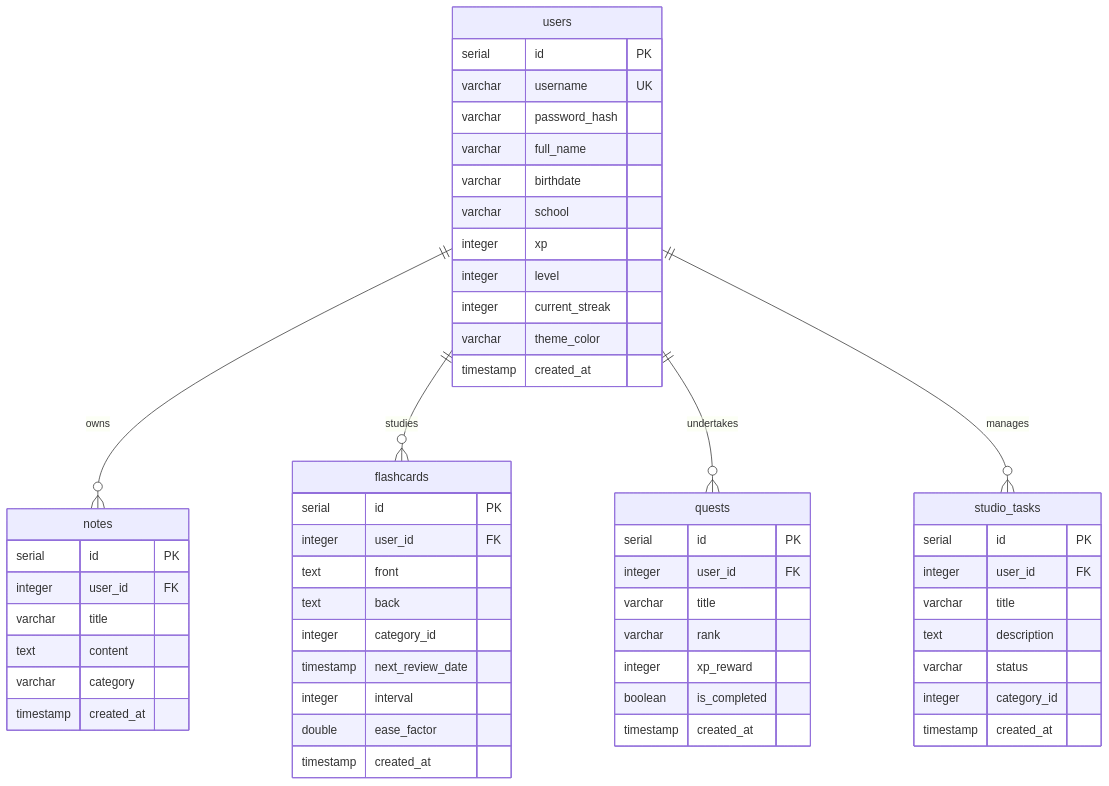
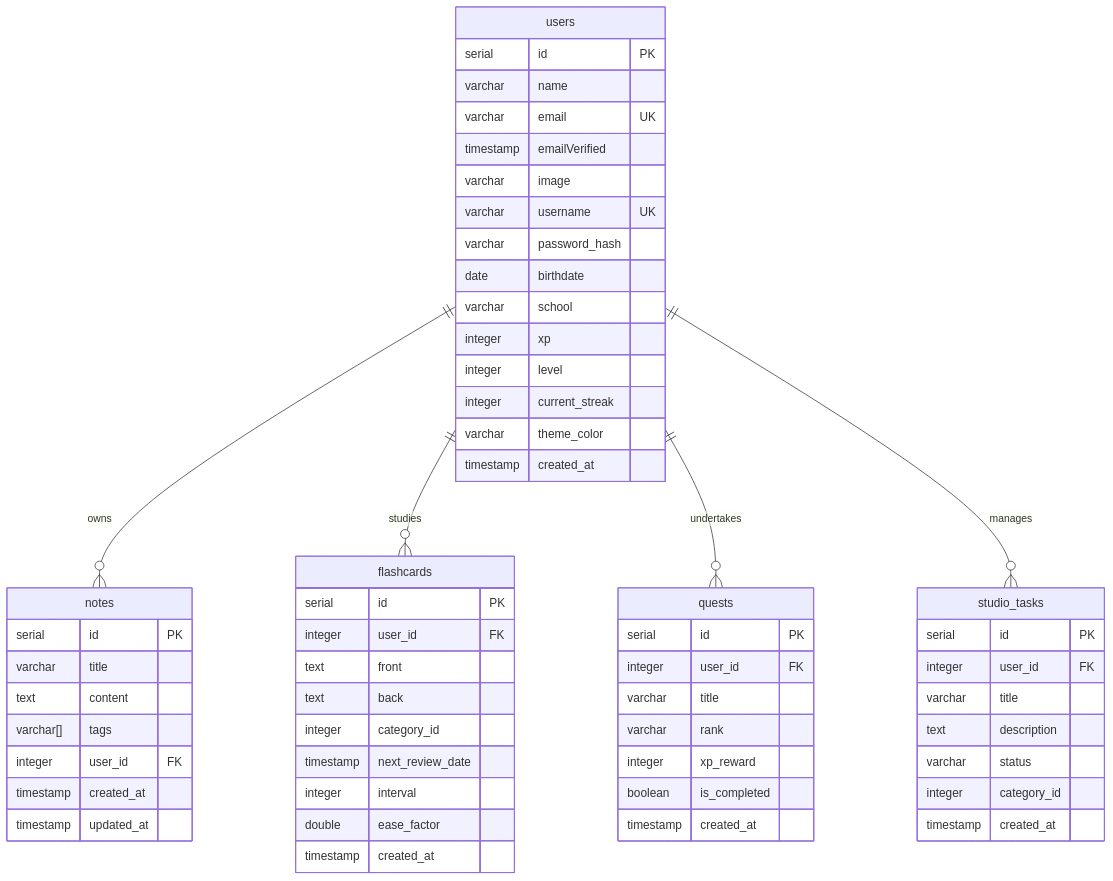
The second of 3 diagrams in System Architecture & Design Document.md (Insoyntax/Learn-Tracker), drawn with Mermaid before and after one commit. The commit also changed other lines of this file and 7 other files, not shown here.

````diff
--- a/System Architecture & Design Document.md
+++ b/System Architecture & Design Document.md
@@ -47,62 +48,66 @@
 ```mermaid
 erDiagram
     users {
         serial id PK
+        varchar name
+        varchar email UK
+        timestamp emailVerified
+        varchar image
         varchar username UK
         varchar password_hash
-        varchar full_name
-        varchar birthdate
+        date birthdate
         varchar school
         integer xp
         integer level
         integer current_streak
         varchar theme_color
         timestamp created_at
     }
 
     notes {
         serial id PK
-        integer user_id FK
         varchar title
         text content
-        varchar category
+        varchar[] tags
+        integer user_id FK
         timestamp created_at
+        timestamp updated_at
     }
 
     flashcards {
         serial id PK
         integer user_id FK
         text front
         text back
         integer category_id
         timestamp next_review_date
         integer interval
         double ease_factor
         timestamp created_at
     }
 
     quests {
         serial id PK
         integer user_id FK
         varchar title
         varchar rank
         integer xp_reward
         boolean is_completed
         timestamp created_at
     }
 
     studio_tasks {
         serial id PK
         integer user_id FK
         varchar title
         text description
         varchar status
         integer category_id
         timestamp created_at
     }
 
     users ||--o{ notes : "owns"
     users ||--o{ flashcards : "studies"
     users ||--o{ quests : "undertakes"
     users ||--o{ studio_tasks : "manages"
 ```
````
